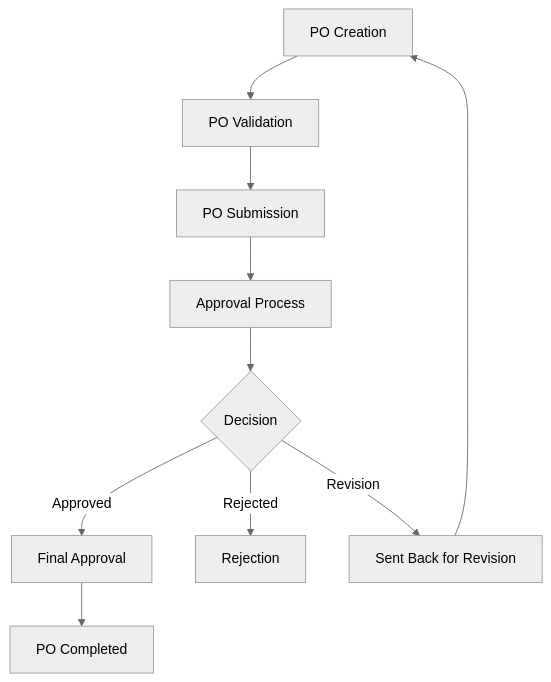
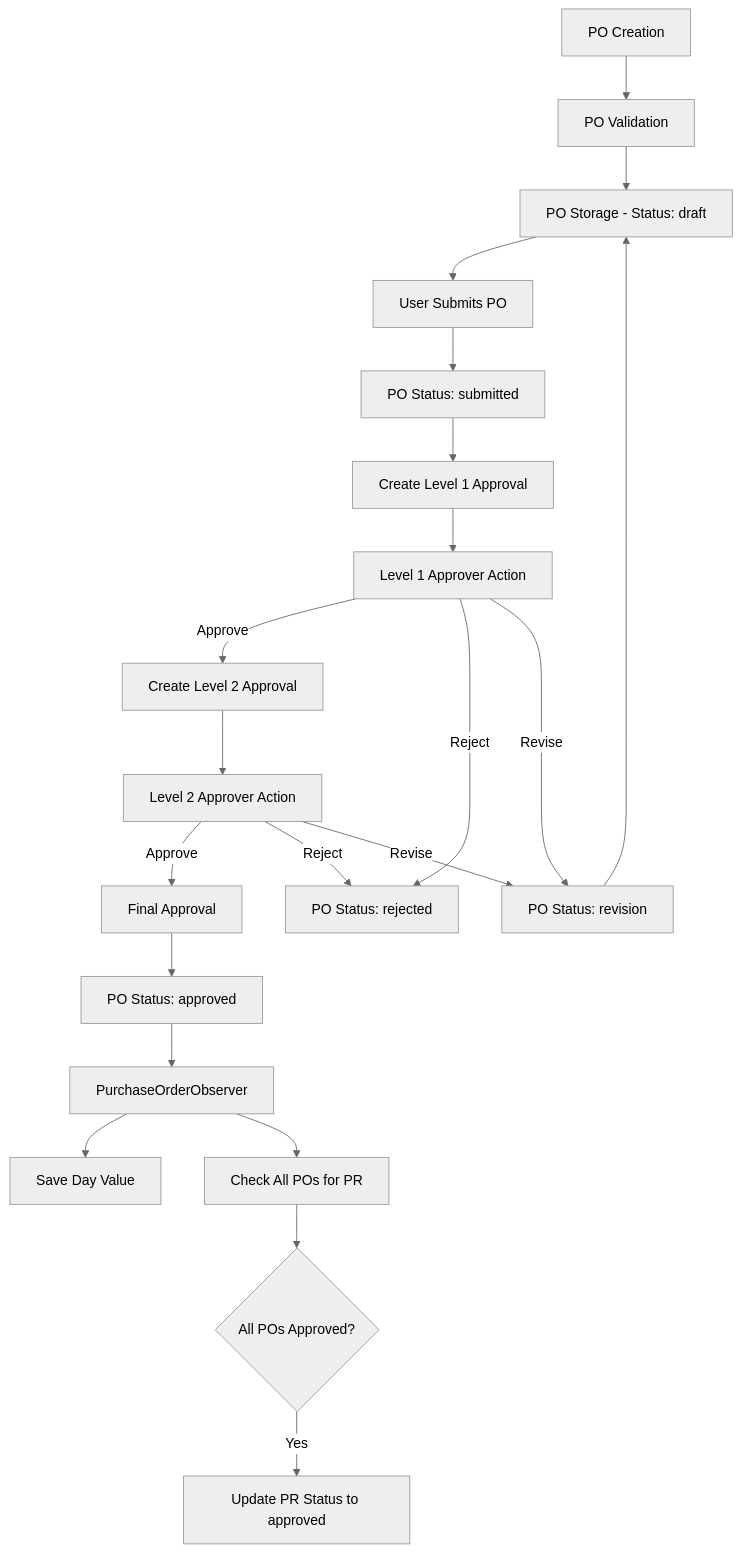
Before and after one commit to rachmanj/proc-app: the second of 5 diagrams in docs/architecture.md, drawn with Mermaid (neutral theme). The commit also changed other lines of this file and 63 other files, not shown here.

First line of the commit message:
Update project documentation, enhance Purchase Order and Approval features, and implement reporting functionality

````diff
--- a/docs/architecture.md
+++ b/docs/architecture.md
@@ -194,12 +565,23 @@
 ```mermaid
 graph TD
     A[PO Creation] --> B[PO Validation]
-    B --> C[PO Submission]
-    C --> D[Approval Process]
-    D --> E{Decision}
-    E -->|Approved| F[Final Approval]
-    E -->|Rejected| G[Rejection]
-    E -->|Revision| H[Sent Back for Revision]
-    H --> A
-    F --> I[PO Completed]
+    B --> C[PO Storage - Status: draft]
+    C --> D[User Submits PO]
+    D --> E[PO Status: submitted]
+    E --> F[Create Level 1 Approval]
+    F --> G[Level 1 Approver Action]
+    G -->|Approve| H[Create Level 2 Approval]
+    G -->|Reject| I[PO Status: rejected]
+    G -->|Revise| J[PO Status: revision]
+    J --> C
+    H --> K[Level 2 Approver Action]
+    K -->|Approve| L[Final Approval]
+    K -->|Reject| I
+    K -->|Revise| J
+    L --> M[PO Status: approved]
+    M --> N[PurchaseOrderObserver]
+    N --> O[Save Day Value]
+    N --> P[Check All POs for PR]
+    P --> Q{All POs Approved?}
+    Q -->|Yes| R[Update PR Status to approved]
 ```
````
